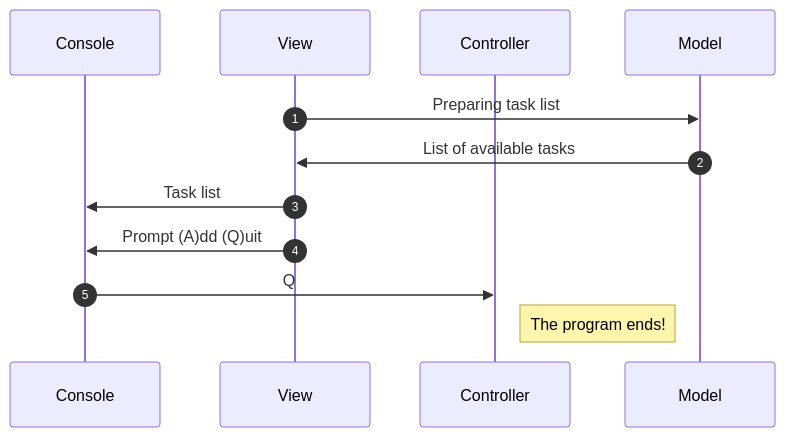
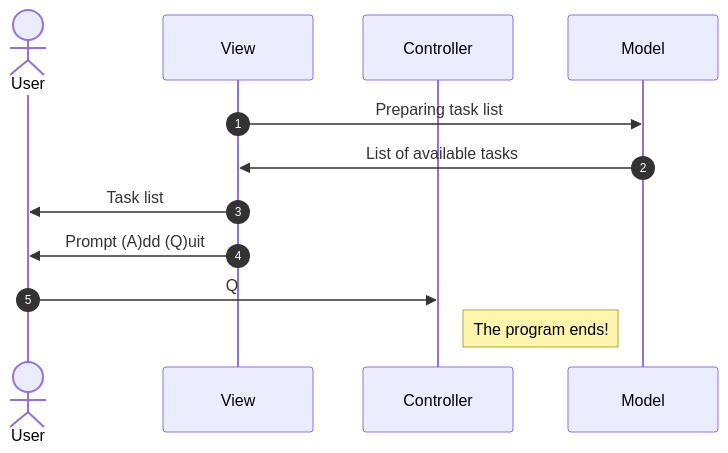
Before and after one commit to armakuni/csharp-katas: the first of 3 diagrams in task-list/README.md, drawn with Mermaid.

Commit message:
Use person rather than console for output/input

````diff
--- a/task-list/README.md
+++ b/task-list/README.md
@@ -33,16 +33,16 @@
 ```mermaid
 sequenceDiagram
 	autonumber
-	participant O as Console
+	Actor O as User
 	participant V as View
 	participant C as Controller
 	participant M as Model
 	
 		V->>M: Preparing task list
 		M->>V: List of available tasks
 		V->>O: Task list
 		V->>O: Prompt (A)dd (Q)uit
 		O->>C: Q
 		Note right of C: The program ends!
 		
 ```
````
